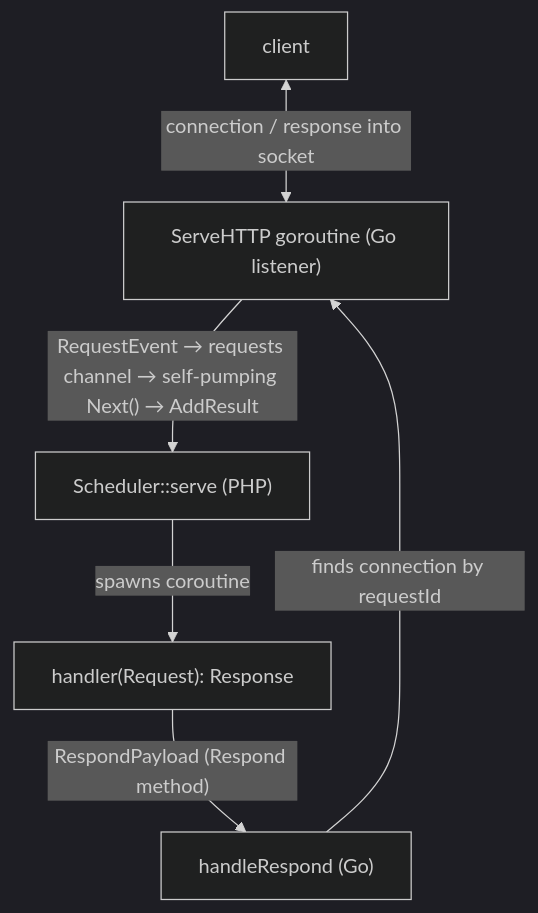
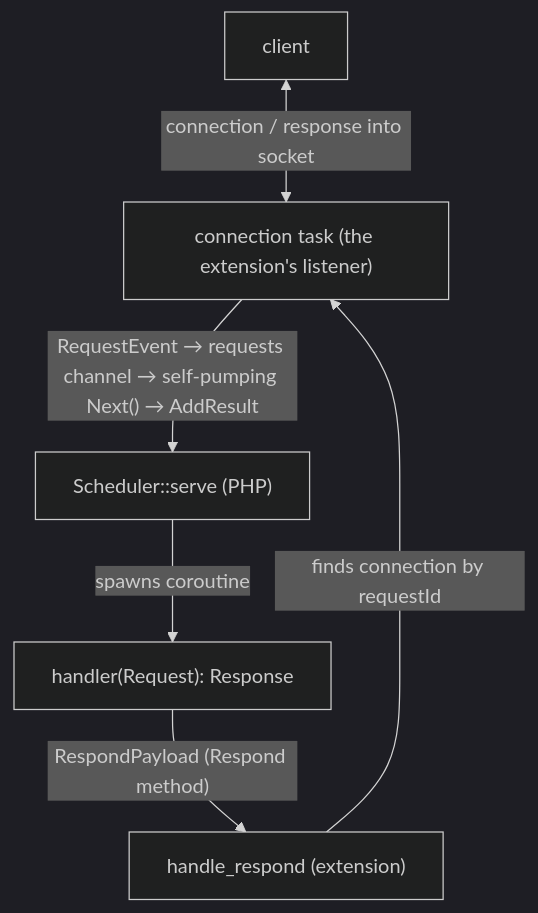
One commit to sprust/sconcur changed the diagram in docs/adding-a-server.md. Above: the diagram before and after it, drawn with Mermaid (dark theme). The commit also changed other lines of this file and 46 other files, not shown here.

````diff
--- a/docs/adding-a-server.md
+++ b/docs/adding-a-server.md
@@ -43,14 +41,14 @@
 ```mermaid
 flowchart TB
     client["client"]
-    serve["ServeHTTP goroutine (Go listener)"]
+    serve["connection task (the extension's listener)"]
     sched["Scheduler::serve (PHP)"]
     handler["handler(Request): Response"]
-    respond["handleRespond (Go)"]
+    respond["handle_respond (extension)"]
 
     client <-->|"connection / response into socket"| serve
     serve -->|"RequestEvent → requests channel → self-pumping Next() → AddResult"| sched
     sched -->|"spawns coroutine"| handler
     handler -->|"RespondPayload (Respond method)"| respond
     respond -->|"finds connection by requestId"| serve
 ```
````
